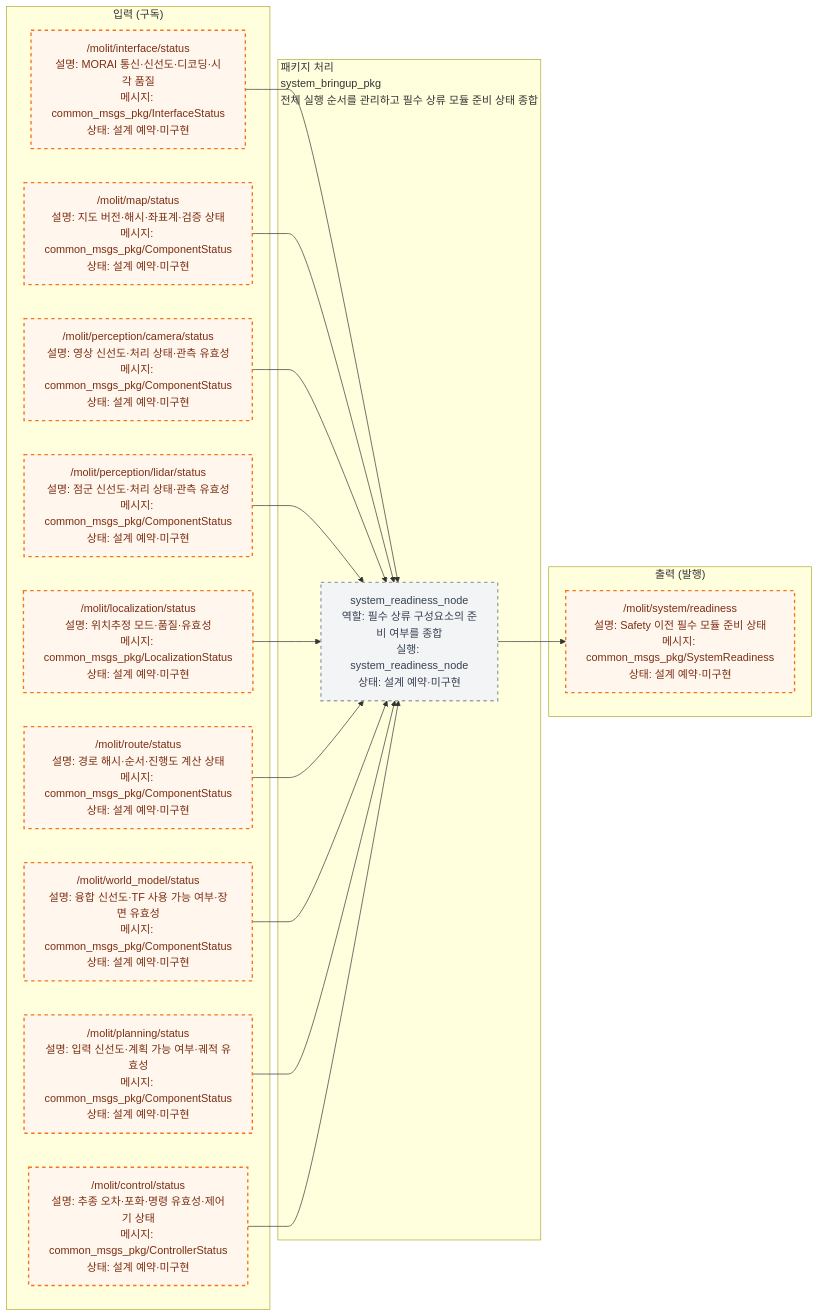
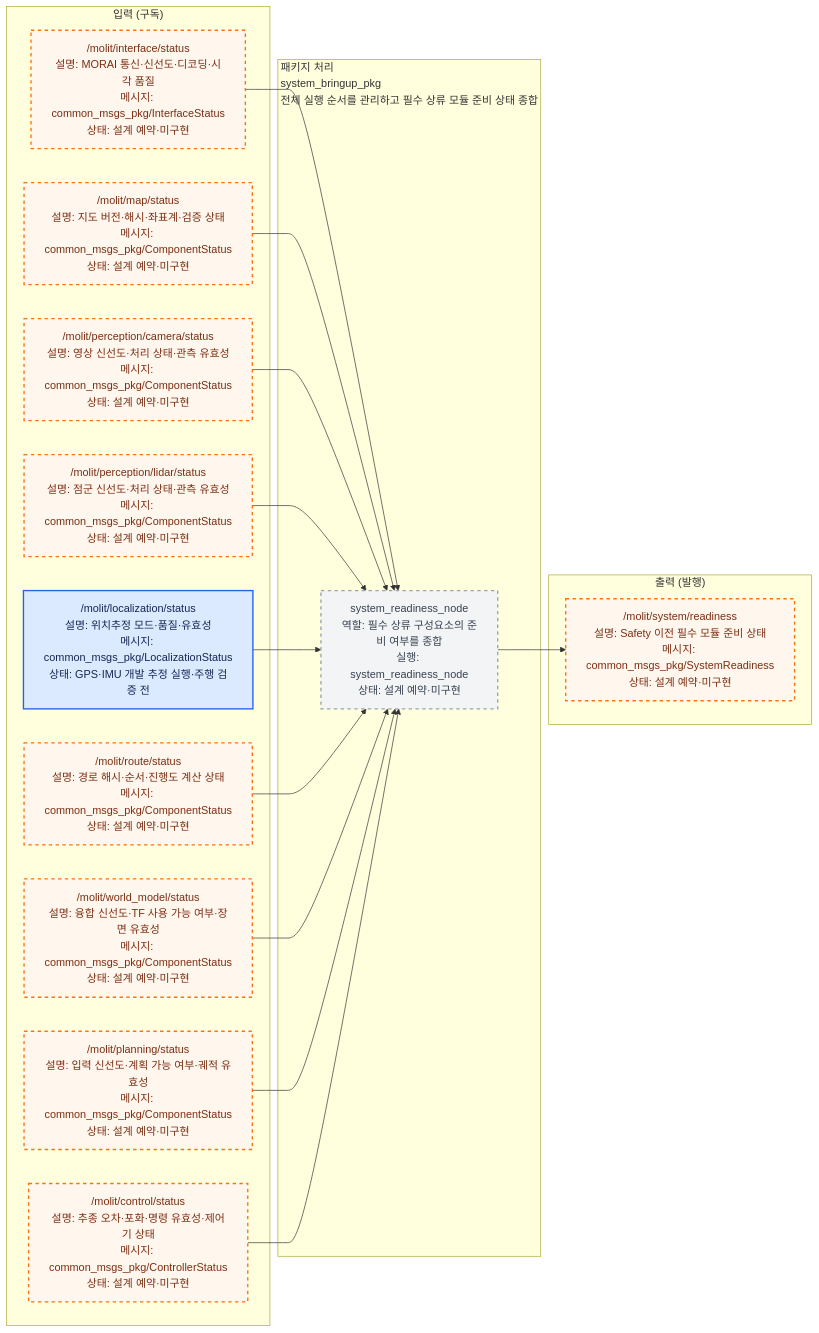
One commit to Team-Stier/Morai_Sim_team2 changed the diagram in src/system_bringup_pkg/docs/interface_io.mmd. Above: the diagram before and after it, drawn with Mermaid. The commit also changed 145 other files, not shown here.

```diff
--- a/src/system_bringup_pkg/docs/interface_io.mmd
+++ b/src/system_bringup_pkg/docs/interface_io.mmd
@@ -1,50 +1,50 @@
 %% AUTO-GENERATED by ros_architecture_pkg/scripts/generate_interface_diagrams.py. DO NOT EDIT.
 %% Source of truth: ros_architecture_pkg/config/interface_contract.yaml
 flowchart LR
     classDef liveNode fill:#dcfce7,color:#14532d,stroke:#16a34a,stroke-width:2px;
     classDef reservedNode fill:#f3f4f6,color:#374151,stroke:#9ca3af,stroke-width:2px,stroke-dasharray: 5 5;
     classDef liveTopic fill:#dbeafe,color:#172554,stroke:#2563eb,stroke-width:2px;
     classDef reservedTopic fill:#fff7ed,color:#7c2d12,stroke:#f97316,stroke-width:2px,stroke-dasharray: 5 5;
     classDef emptyPort fill:#ffffff,color:#6b7280,stroke:#d1d5db,stroke-dasharray: 3 3;
     classDef externalEndpoint fill:#f3e8ff,color:#581c87,stroke:#9333ea,stroke-width:3px;
 
     subgraph INPUTS["입력 (구독)"]
         input_000["/molit/interface/status<br/>설명: MORAI 통신·신선도·디코딩·시각 품질<br/>메시지: common_msgs_pkg/InterfaceStatus<br/>상태: 설계 예약·미구현"]
         input_001["/molit/map/status<br/>설명: 지도 버전·해시·좌표계·검증 상태<br/>메시지: common_msgs_pkg/ComponentStatus<br/>상태: 설계 예약·미구현"]
         input_002["/molit/perception/camera/status<br/>설명: 영상 신선도·처리 상태·관측 유효성<br/>메시지: common_msgs_pkg/ComponentStatus<br/>상태: 설계 예약·미구현"]
         input_003["/molit/perception/lidar/status<br/>설명: 점군 신선도·처리 상태·관측 유효성<br/>메시지: common_msgs_pkg/ComponentStatus<br/>상태: 설계 예약·미구현"]
-        input_004["/molit/localization/status<br/>설명: 위치추정 모드·품질·유효성<br/>메시지: common_msgs_pkg/LocalizationStatus<br/>상태: 설계 예약·미구현"]
+        input_004["/molit/localization/status<br/>설명: 위치추정 모드·품질·유효성<br/>메시지: common_msgs_pkg/LocalizationStatus<br/>상태: GPS·IMU 개발 추정 실행·주행 검증 전"]
         input_005["/molit/route/status<br/>설명: 경로 해시·순서·진행도 계산 상태<br/>메시지: common_msgs_pkg/ComponentStatus<br/>상태: 설계 예약·미구현"]
         input_006["/molit/world_model/status<br/>설명: 융합 신선도·TF 사용 가능 여부·장면 유효성<br/>메시지: common_msgs_pkg/ComponentStatus<br/>상태: 설계 예약·미구현"]
         input_007["/molit/planning/status<br/>설명: 입력 신선도·계획 가능 여부·궤적 유효성<br/>메시지: common_msgs_pkg/ComponentStatus<br/>상태: 설계 예약·미구현"]
         input_008["/molit/control/status<br/>설명: 추종 오차·포화·명령 유효성·제어기 상태<br/>메시지: common_msgs_pkg/ControllerStatus<br/>상태: 설계 예약·미구현"]
     end
     subgraph PACKAGE["패키지 처리<br/>system_bringup_pkg<br/>전체 실행 순서를 관리하고 필수 상류 모듈 준비 상태 종합"]
         local_node_000["system_readiness_node<br/>역할: 필수 상류 구성요소의 준비 여부를 종합<br/>실행: system_readiness_node<br/>상태: 설계 예약·미구현"]
     end
     subgraph OUTPUTS["출력 (발행)"]
         output_000["/molit/system/readiness<br/>설명: Safety 이전 필수 모듈 준비 상태<br/>메시지: common_msgs_pkg/SystemReadiness<br/>상태: 설계 예약·미구현"]
     end
 
     input_000 --> local_node_000
     input_001 --> local_node_000
     input_002 --> local_node_000
     input_003 --> local_node_000
     input_004 --> local_node_000
     input_005 --> local_node_000
     input_006 --> local_node_000
     input_007 --> local_node_000
     input_008 --> local_node_000
     local_node_000 --> output_000
 
     class local_node_000 reservedNode;
     class input_000 reservedTopic;
     class input_001 reservedTopic;
     class input_002 reservedTopic;
     class input_003 reservedTopic;
-    class input_004 reservedTopic;
+    class input_004 liveTopic;
     class input_005 reservedTopic;
     class input_006 reservedTopic;
     class input_007 reservedTopic;
     class input_008 reservedTopic;
     class output_000 reservedTopic;
```
